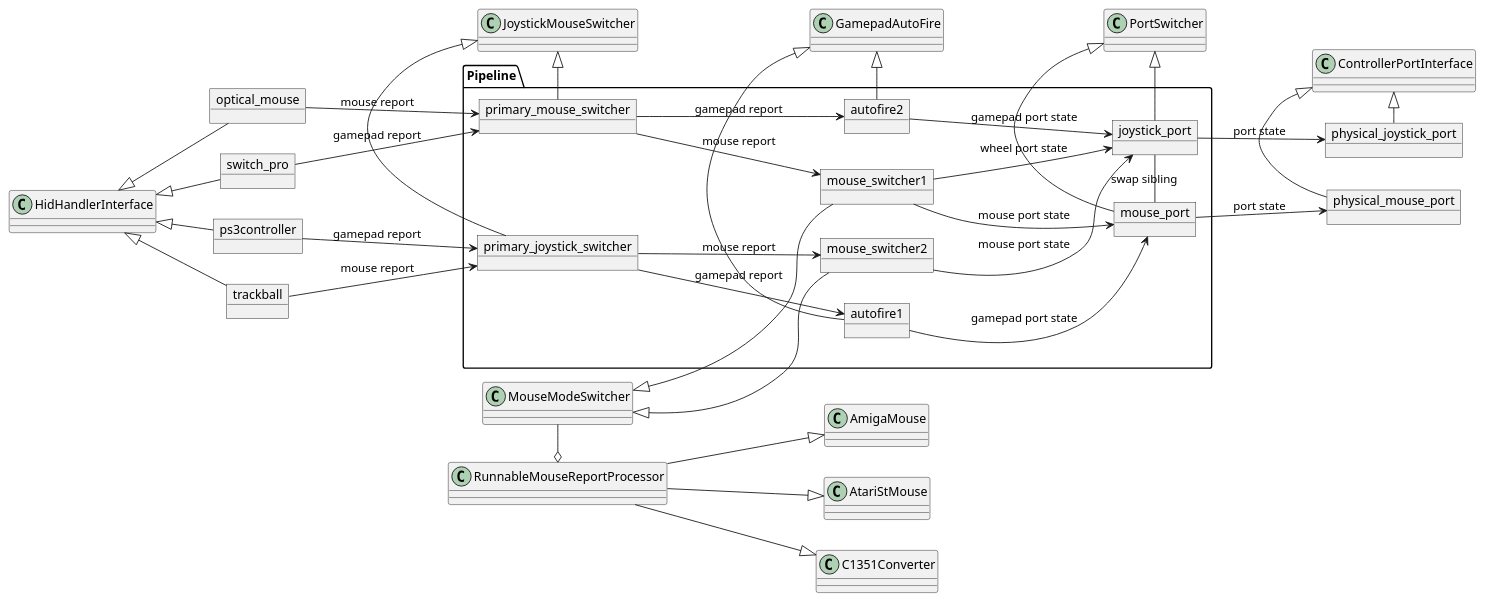
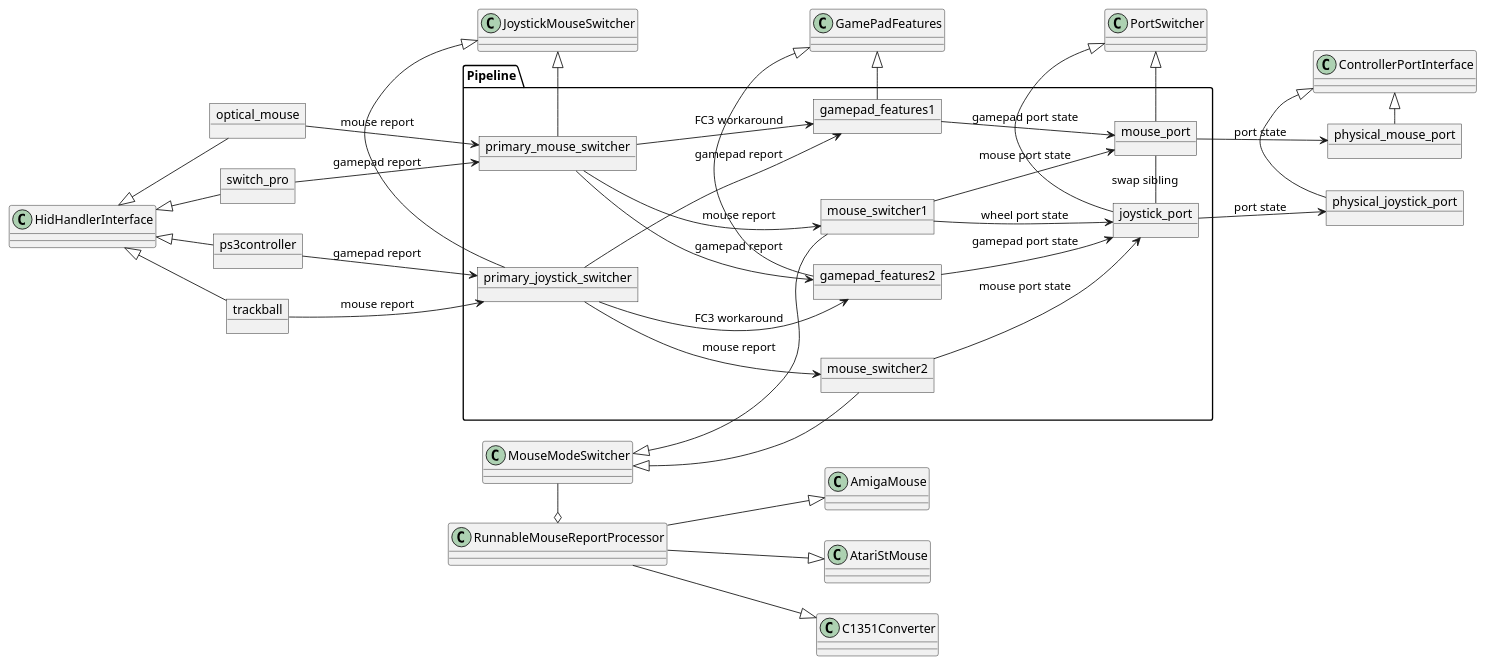
One commit to Slamy/Yaumataca changed the diagram in doc/pipeline.plantuml. Above: the diagram before and after it, drawn with PlantUML. The commit also changed 8 other files, not shown here.

```diff
--- a/doc/pipeline.plantuml
+++ b/doc/pipeline.plantuml
@@ -1,68 +1,70 @@
 @startuml
 
 object optical_mouse
 object trackball
 object ps3controller
 object switch_pro
 
 left to right direction
 
 package Pipeline {
 object primary_mouse_switcher
 object primary_joystick_switcher
 object joystick_port
 object mouse_port
 object mouse_switcher1
 object mouse_switcher2
-object autofire1
-object autofire2
+object gamepad_features1
+object gamepad_features2
 }
 
 object physical_joystick_port
 object physical_mouse_port
 
 HidHandlerInterface <|-- optical_mouse
 HidHandlerInterface <|-- ps3controller
 HidHandlerInterface <|-- trackball
 HidHandlerInterface <|-- switch_pro
 
 optical_mouse --> primary_mouse_switcher : mouse report
 ps3controller --> primary_joystick_switcher : gamepad report
 trackball --> primary_joystick_switcher : mouse report
 switch_pro --> primary_mouse_switcher : gamepad report
 
 mouse_port --> physical_mouse_port : port state
 joystick_port --> physical_joystick_port : port state
 joystick_port - mouse_port : swap sibling
 
 primary_mouse_switcher --> mouse_switcher1 : mouse report
-primary_mouse_switcher --> autofire2 : gamepad report
+primary_mouse_switcher --> gamepad_features2 : gamepad report
+primary_mouse_switcher --> gamepad_features1 : FC3 workaround
 
 primary_joystick_switcher --> mouse_switcher2 : mouse report
-primary_joystick_switcher --> autofire1 : gamepad report
+primary_joystick_switcher --> gamepad_features1 : gamepad report
+primary_joystick_switcher --> gamepad_features2 : FC3 workaround
 
 mouse_switcher1 --> mouse_port : mouse port state
 mouse_switcher1 --> joystick_port : wheel port state
 mouse_switcher2 --> joystick_port : mouse port state
 
-autofire1 --> mouse_port : gamepad port state
-autofire2 --> joystick_port : gamepad port state
+gamepad_features1 --> mouse_port : gamepad port state
+gamepad_features2 --> joystick_port : gamepad port state
 
 JoystickMouseSwitcher <|- primary_mouse_switcher
 JoystickMouseSwitcher <|- primary_joystick_switcher
-GamepadAutoFire <|- autofire1
-GamepadAutoFire <|- autofire2
+GamePadFeatures <|- gamepad_features1
+GamePadFeatures <|- gamepad_features2
 
 PortSwitcher <|- joystick_port
 PortSwitcher <|- mouse_port
 ControllerPortInterface <|- physical_mouse_port
 ControllerPortInterface <|- physical_joystick_port
 
 MouseModeSwitcher <|-- mouse_switcher1
 MouseModeSwitcher <|-- mouse_switcher2
 
 MouseModeSwitcher -o RunnableMouseReportProcessor
 RunnableMouseReportProcessor --|> AmigaMouse
 RunnableMouseReportProcessor --|> AtariStMouse
 RunnableMouseReportProcessor --|> C1351Converter
 @enduml
```
